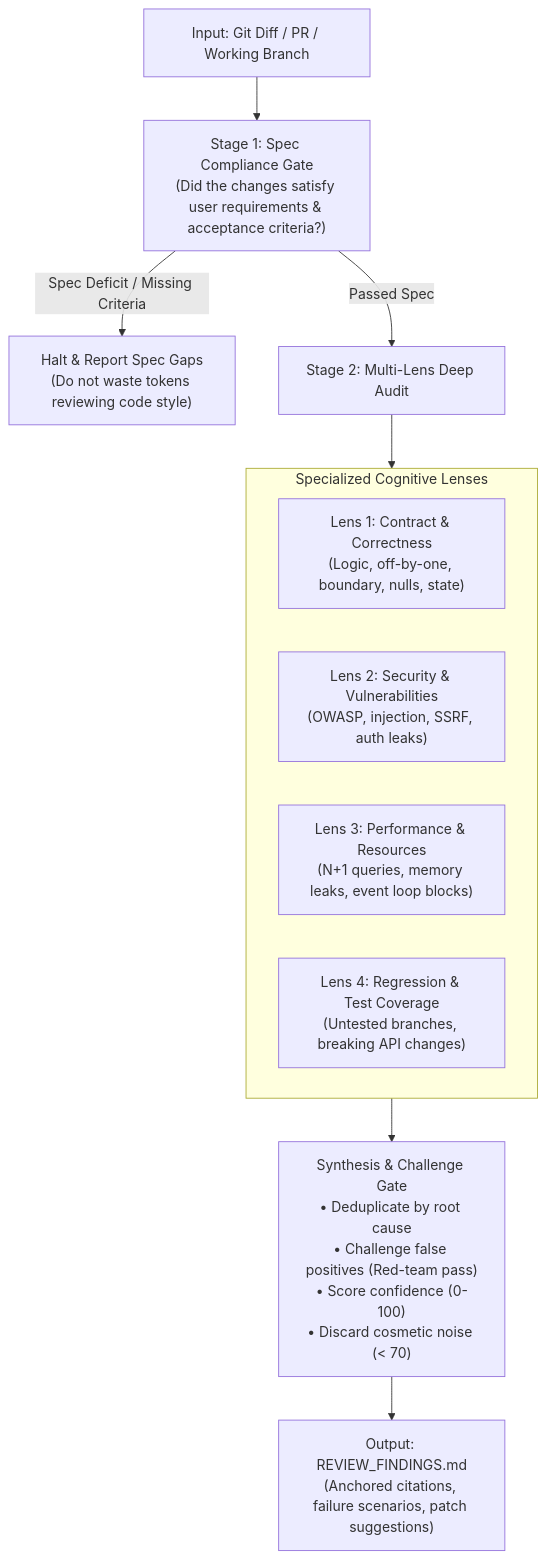
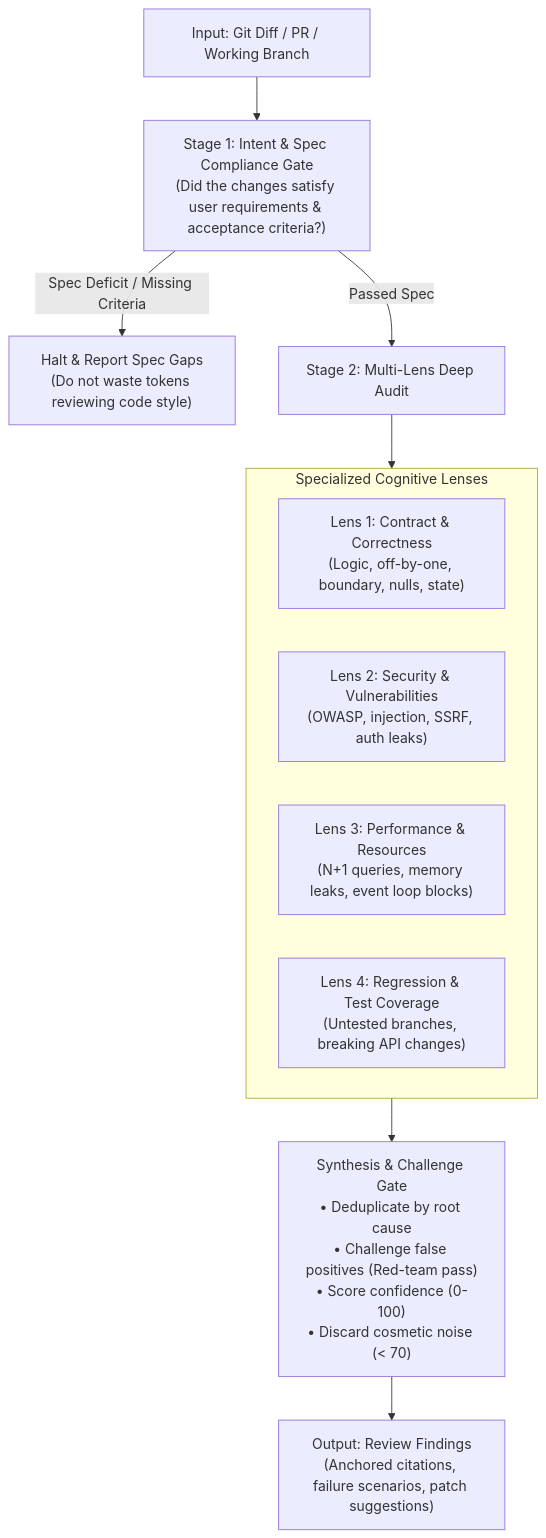
The diagram in .agents/skills/code-review/SKILL.md (gowtham2thrive/agent-grimoire), drawn with Mermaid before and after one commit. The commit also changed other lines of this file and 31 other files, not shown here.

````diff
--- a/.agents/skills/code-review/SKILL.md
+++ b/.agents/skills/code-review/SKILL.md
@@ -22,17 +23,17 @@
 ```mermaid
 flowchart TD
-    DIFF["Input: Git Diff / PR / Working Branch"] --> S1["Stage 1: Spec Compliance Gate<br/>(Did the changes satisfy user requirements & acceptance criteria?)"]
+    DIFF["Input: Git Diff / PR / Working Branch"] --> S1["Stage 1: Intent & Spec Compliance Gate<br/>(Did the changes satisfy user requirements & acceptance criteria?)"]
     S1 -->|Spec Deficit / Missing Criteria| HALT["Halt & Report Spec Gaps<br/>(Do not waste tokens reviewing code style)"]
     S1 -->|Passed Spec| S2["Stage 2: Multi-Lens Deep Audit"]
 
     subgraph Lenses["Specialized Cognitive Lenses"]
         L1["Lens 1: Contract & Correctness<br/>(Logic, off-by-one, boundary, nulls, state)"]
         L2["Lens 2: Security & Vulnerabilities<br/>(OWASP, injection, SSRF, auth leaks)"]
         L3["Lens 3: Performance & Resources<br/>(N+1 queries, memory leaks, event loop blocks)"]
         L4["Lens 4: Regression & Test Coverage<br/>(Untested branches, breaking API changes)"]
     end
 
     S2 --> Lenses
     Lenses --> SYNTH["Synthesis & Challenge Gate<br/>• Deduplicate by root cause<br/>• Challenge false positives (Red-team pass)<br/>• Score confidence (0-100)<br/>• Discard cosmetic noise (< 70)"]
-    SYNTH --> OUT["Output: REVIEW_FINDINGS.md<br/>(Anchored citations, failure scenarios, patch suggestions)"]
+    SYNTH --> OUT["Output: Review Findings<br/>(Anchored citations, failure scenarios, patch suggestions)"]
 ```
````
